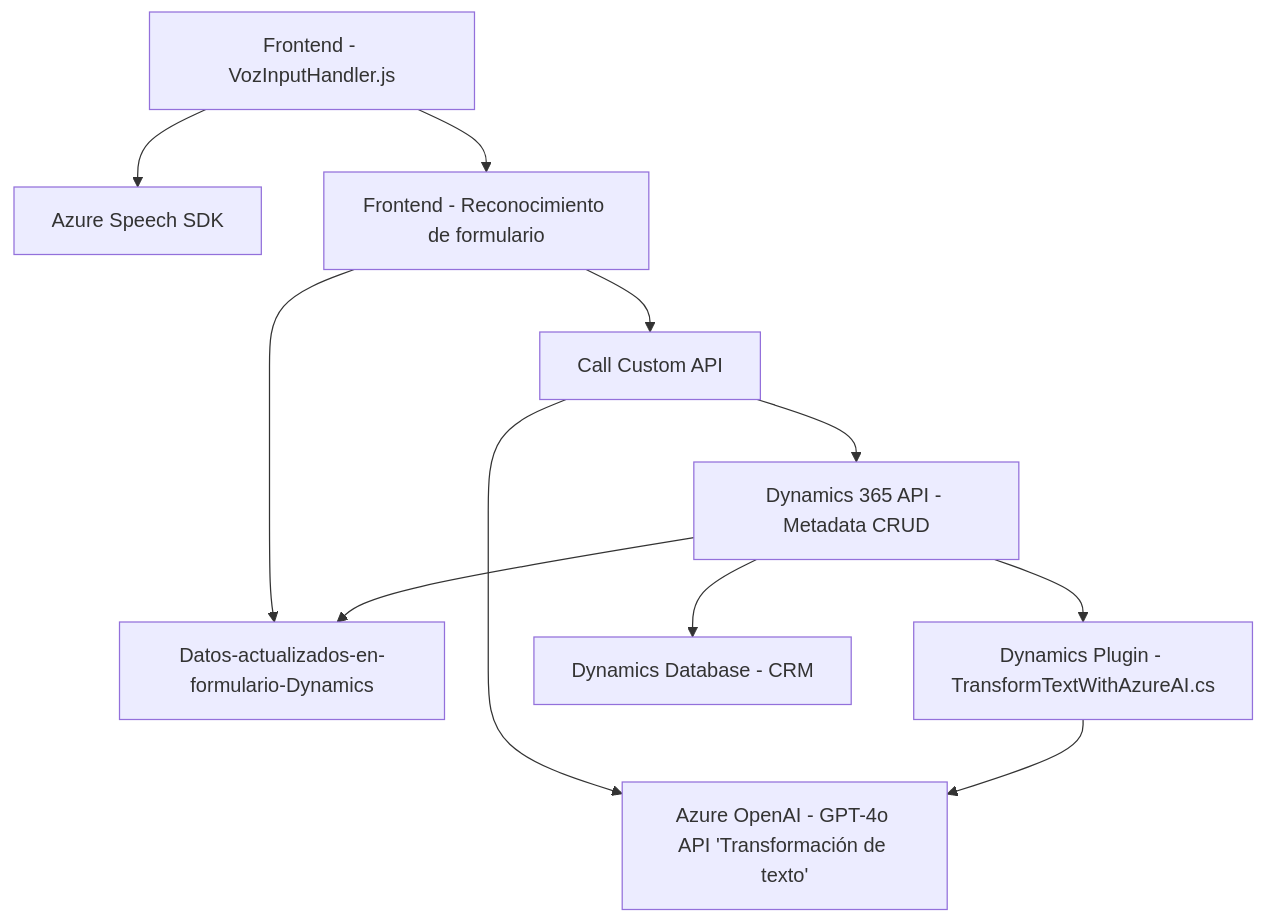
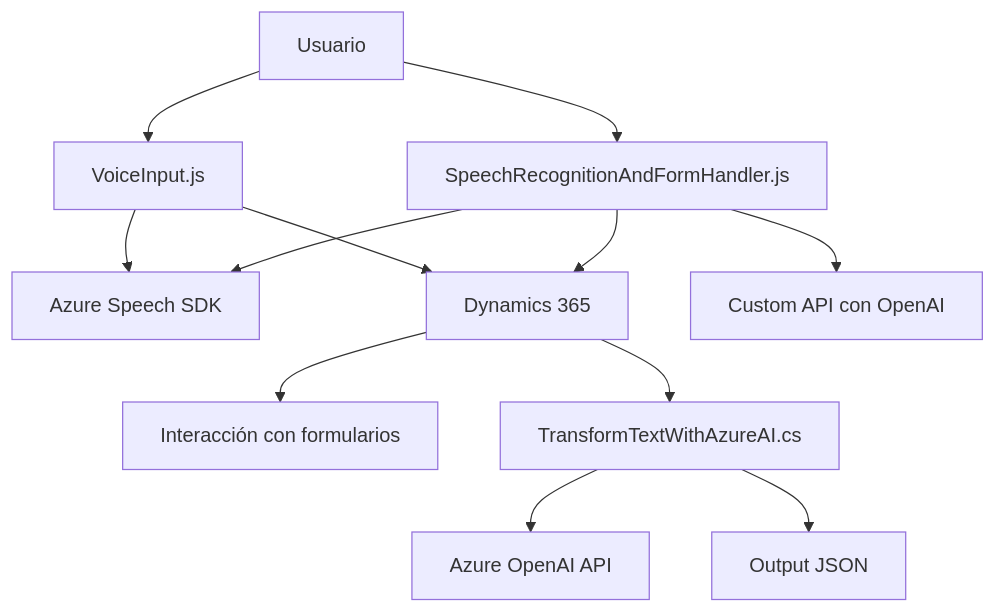
Before and after one commit to blopezdm/NETCORE_BILBAO2025: the diagram in README.md, drawn with Mermaid. The commit also changed other lines of this file, not shown here.

Commit message:
Actualizar análisis global de la solución con IA

````diff
--- a/README.md
+++ b/README.md
@@ -41,13 +42,16 @@
 ```mermaid
 graph TD
-    A["Frontend - VozInputHandler.js"] --> B["Azure Speech SDK"]
-    A --> C["Frontend - Reconocimiento de formulario"]
-    C --> E["Datos-insertados-en-formulario-Dynamics"]
-    C --> F["Call Custom API"]
-    F --> G["Dynamics 365 API - Metadata CRUD"]
-    F --> H["Azure OpenAI - GPT-4o API 'Transformación de texto'"]
-    G --> I["Dynamics Plugin - TransformTextWithAzureAI.cs"]
-    G --> E["Datos-actualizados-en-formulario-Dynamics"]
-    I --> H
-    G --> J["Dynamics Database - CRM"]
+A["Usuario"] --> B["VoiceInput.js"]
+B --> C["Azure Speech SDK"]
+B --> D["Dynamics 365"]
+D --> E["Interacción con formularios"]
+
+A --> F["SpeechRecognitionAndFormHandler.js"]
+F --> C
+F --> D
+F --> G["Custom API con OpenAI"]
+
+D --> H["TransformTextWithAzureAI.cs"]
+H --> I["Azure OpenAI API"]
+H --> J["Output JSON"]
 ```
````
